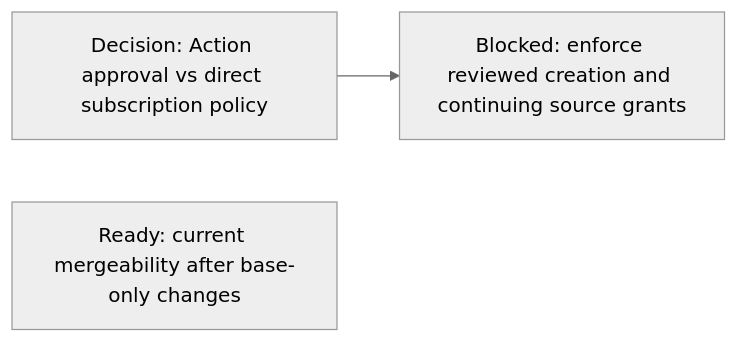
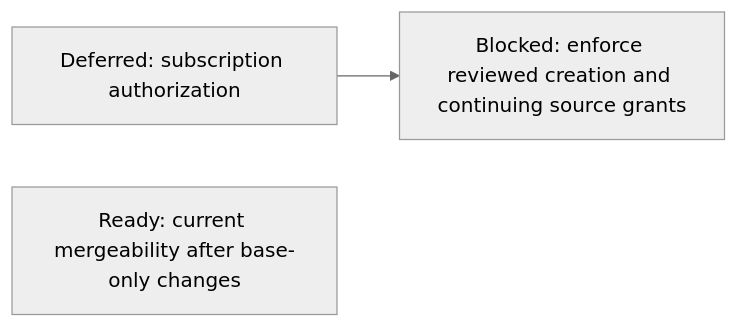
The fifth of 20 diagrams in agentplane/plans/task_dag.md (agentydragon/ducktape), drawn with Mermaid (neutral theme) before and after one commit. The commit also changed other lines of this file and 1 other file, not shown here.

````diff
--- a/agentplane/plans/task_dag.md
+++ b/agentplane/plans/task_dag.md
@@ -494,7 +505,7 @@
 ```mermaid
 flowchart LR
-    SUBSCRIPTION_AUTHORIZATION_DESIGN[Decision: Action approval vs direct subscription policy]
+    SUBSCRIPTION_AUTHORIZATION_DESIGN[Deferred: subscription authorization]
     SUBSCRIPTION_AUTHORIZATION[Blocked: enforce reviewed creation and continuing source grants]
     SUBSCRIPTION_AUTHORIZATION_DESIGN --> SUBSCRIPTION_AUTHORIZATION
     GITHUB_MERGEABILITY_FRESHNESS[Ready: current mergeability after base-only changes]
 ```
````
